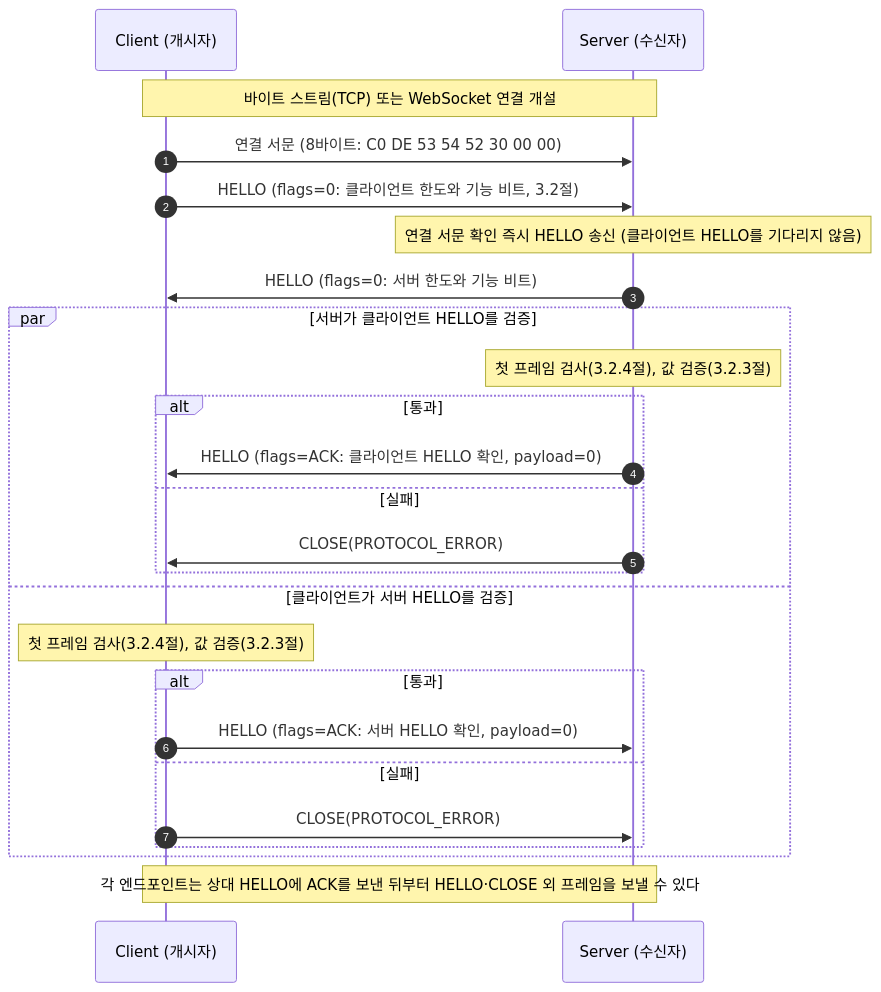
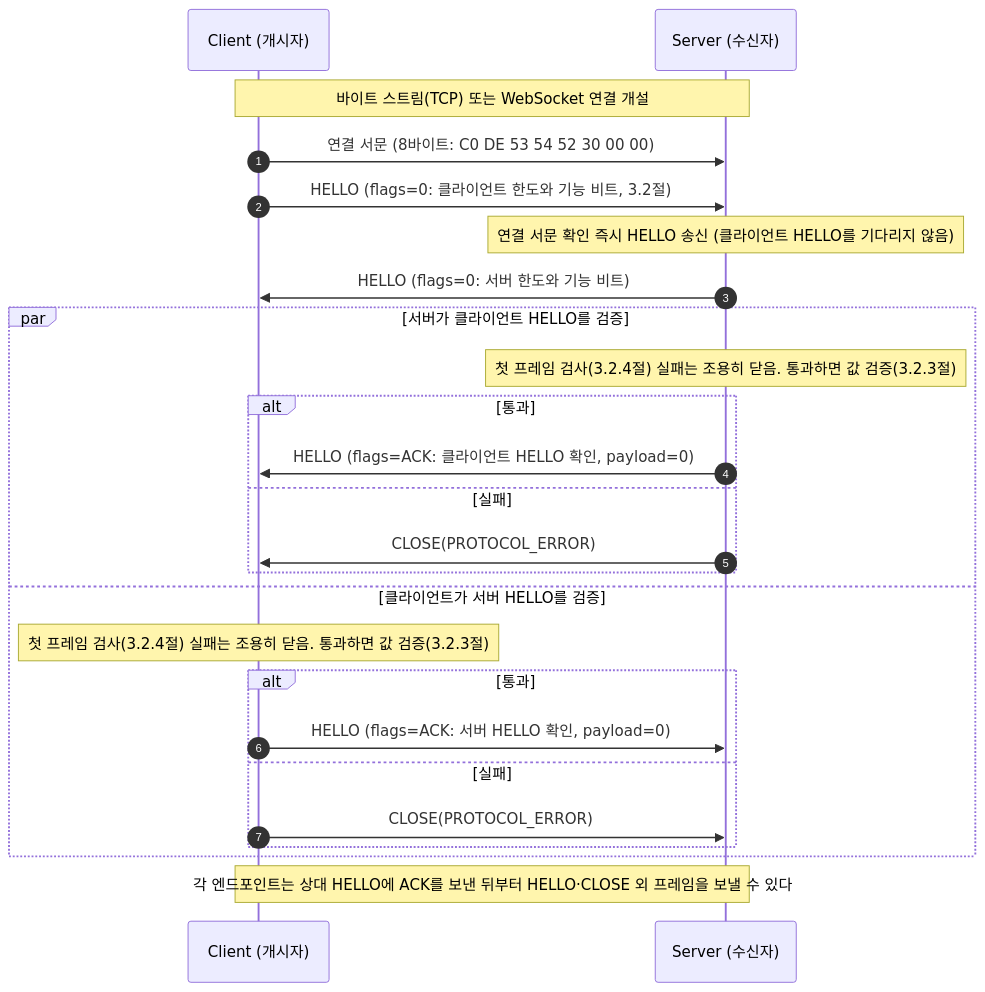
One commit to ppzxc/strand changed the first of 3 diagrams in docs/specification/STRAND_SPECIFICATION.md. Above: the diagram before and after it, drawn with Mermaid. The commit also changed other lines of this file, not shown here.

Commit message:
docs: 4차 리뷰 반영, 받은 CLOSE 예외 제거(#87 결정 3), 첫 프레임 실패는 조용히 닫음, 잘못된 경합 주석 삭제 (#94)

````diff
--- a/docs/specification/STRAND_SPECIFICATION.md
+++ b/docs/specification/STRAND_SPECIFICATION.md
@@ -339,31 +339,31 @@
 ```mermaid
 sequenceDiagram
     autonumber
     participant C as Client (개시자)
     participant S as Server (수신자)
 
     Note over C,S: 바이트 스트림(TCP) 또는 WebSocket 연결 개설
     C->>S: 연결 서문 (8바이트: C0 DE 53 54 52 30 00 00)
     C->>S: HELLO (flags=0: 클라이언트 한도와 기능 비트, 3.2절)
 
     Note over S: 연결 서문 확인 즉시 HELLO 송신 (클라이언트 HELLO를 기다리지 않음)
     S->>C: HELLO (flags=0: 서버 한도와 기능 비트)
 
     par 서버가 클라이언트 HELLO를 검증
-        Note over S: 첫 프레임 검사(3.2.4절), 값 검증(3.2.3절)
+        Note over S: 첫 프레임 검사(3.2.4절) 실패는 조용히 닫음. 통과하면 값 검증(3.2.3절)
         alt 통과
             S->>C: HELLO (flags=ACK: 클라이언트 HELLO 확인, payload=0)
         else 실패
             S->>C: CLOSE(PROTOCOL_ERROR)
         end
     and 클라이언트가 서버 HELLO를 검증
-        Note over C: 첫 프레임 검사(3.2.4절), 값 검증(3.2.3절)
+        Note over C: 첫 프레임 검사(3.2.4절) 실패는 조용히 닫음. 통과하면 값 검증(3.2.3절)
         alt 통과
             C->>S: HELLO (flags=ACK: 서버 HELLO 확인, payload=0)
         else 실패
             C->>S: CLOSE(PROTOCOL_ERROR)
         end
     end
 
     Note over C,S: 각 엔드포인트는 상대 HELLO에 ACK를 보낸 뒤부터 HELLO·CLOSE 외 프레임을 보낼 수 있다
 ```
````
